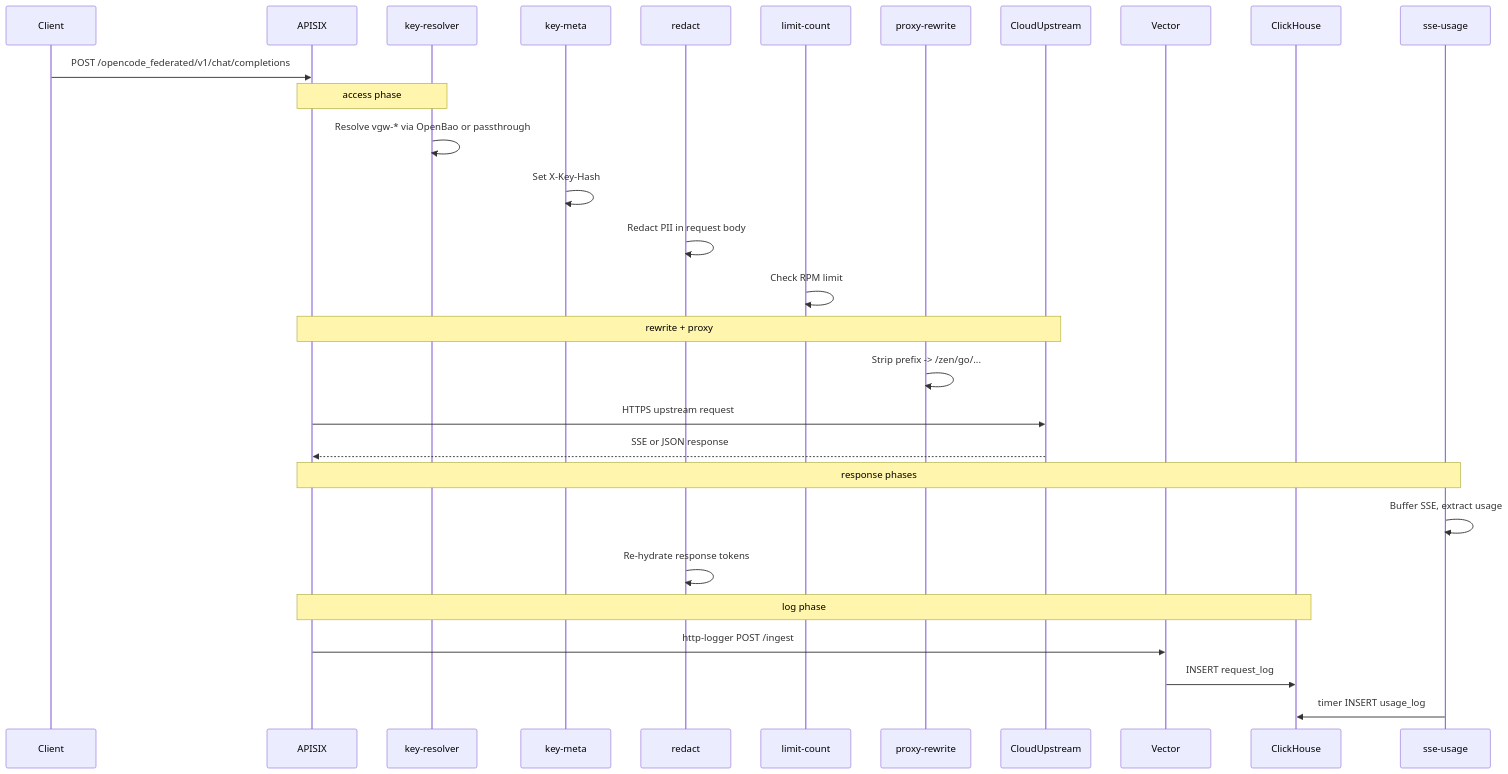
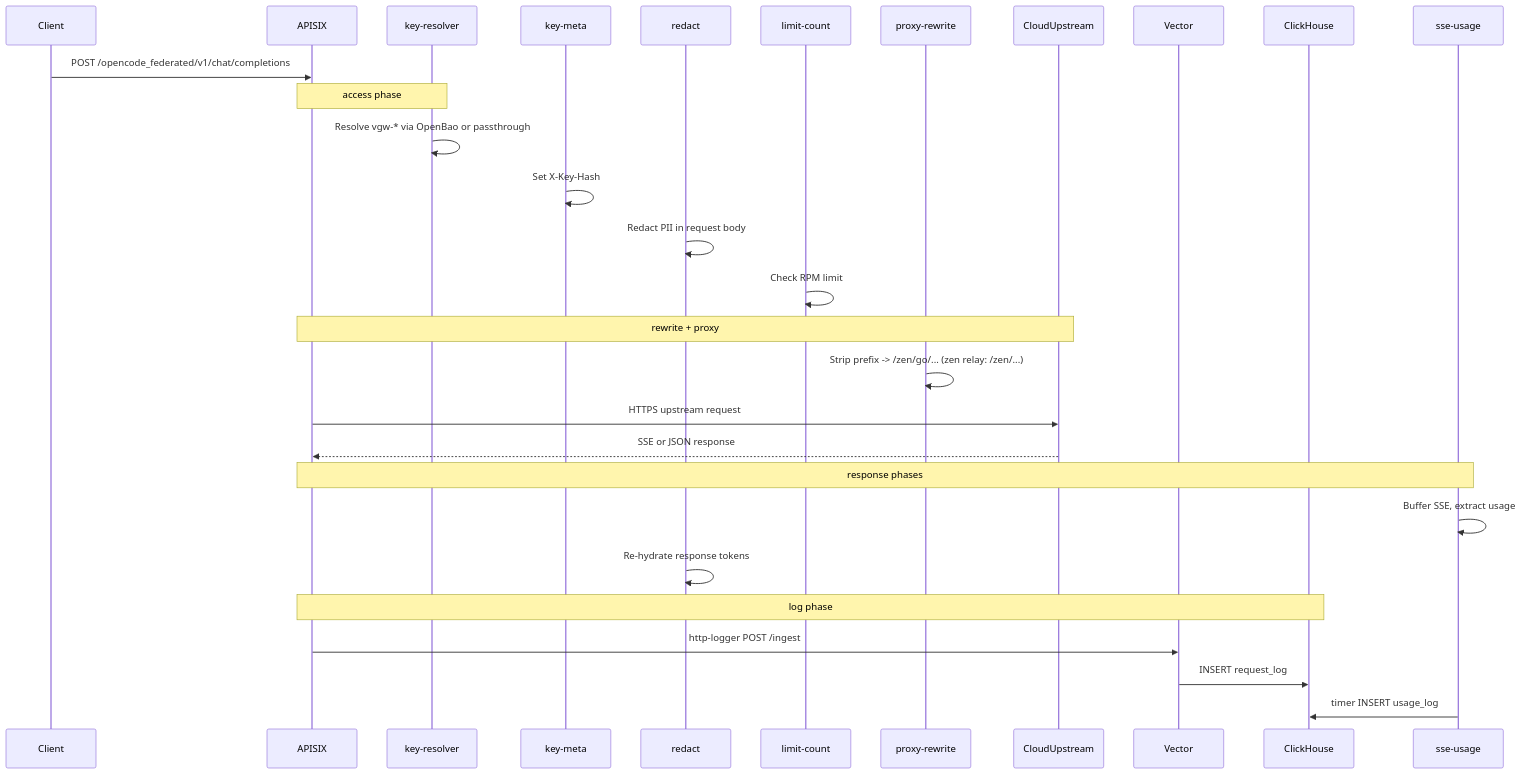
One commit to Independent-AI-Labs/WORKSPACE-GATEWAY changed the diagram in docs/architecture/REQUEST-LIFECYCLE.md. Above: the diagram before and after it, drawn with Mermaid. The commit also changed 39 other files, not shown here.

````diff
--- a/docs/architecture/REQUEST-LIFECYCLE.md
+++ b/docs/architecture/REQUEST-LIFECYCLE.md
@@ -7,36 +7,36 @@
 ```mermaid
 sequenceDiagram
     participant C as Client
     participant A as APISIX
     participant KR as key-resolver
     participant KM as key-meta
     participant RD as redact
     participant LC as limit-count
     participant PRW as proxy-rewrite
     participant U as CloudUpstream
     participant V as Vector
     participant CH as ClickHouse
     participant SU as sse-usage
 
     C->>A: POST /opencode_federated/v1/chat/completions
 
     Note over A,KR: access phase
     KR->>KR: Resolve vgw-* via OpenBao or passthrough
     KM->>KM: Set X-Key-Hash
     RD->>RD: Redact PII in request body
     LC->>LC: Check RPM limit
 
     Note over A,U: rewrite + proxy
-    PRW->>PRW: Strip prefix -> /zen/go/...
+    PRW->>PRW: Strip prefix -> /zen/go/... (zen relay: /zen/...)
     A->>U: HTTPS upstream request
     U-->>A: SSE or JSON response
 
     Note over A,SU: response phases
     SU->>SU: Buffer SSE, extract usage
     RD->>RD: Re-hydrate response tokens
 
     Note over A,CH: log phase
     A->>V: http-logger POST /ingest
     V->>CH: INSERT request_log
     SU->>CH: timer INSERT usage_log
 ```
````
